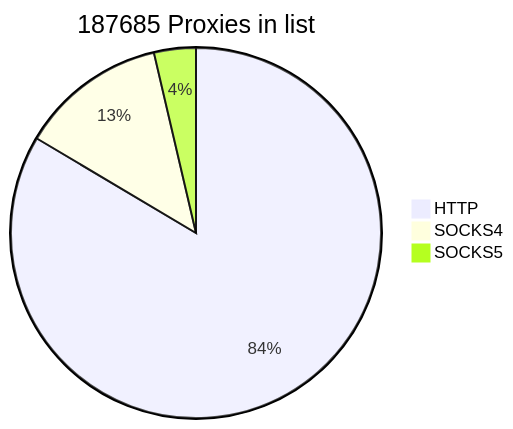
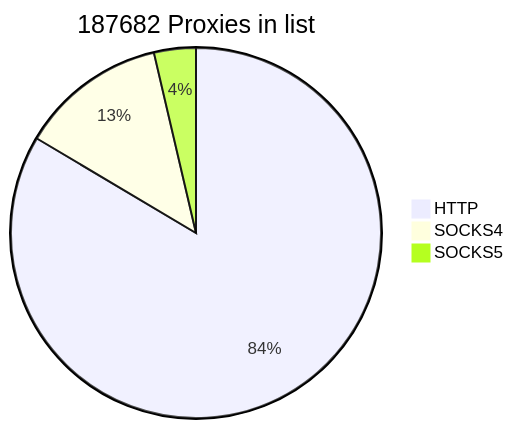
One commit to cutipu/proxylist changed the first of 2 diagrams in README.md. Above: the diagram before and after it, drawn with Mermaid. The commit also changed other lines of this file, not shown here.

````diff
--- a/README.md
+++ b/README.md
@@ -2,7 +2,7 @@
 ```mermaid
-pie title 187685 Proxies in list
+pie title 187682 Proxies in list
     "HTTP" : 156776
-    "SOCKS4" : 24054
+    "SOCKS4" : 24051
     "SOCKS5" : 6855
             
 ```
````
